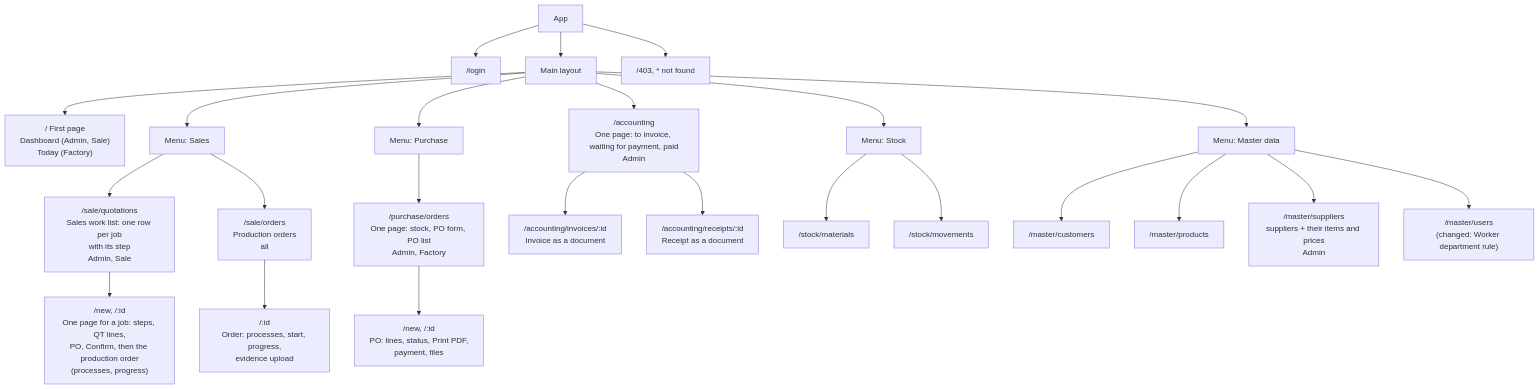
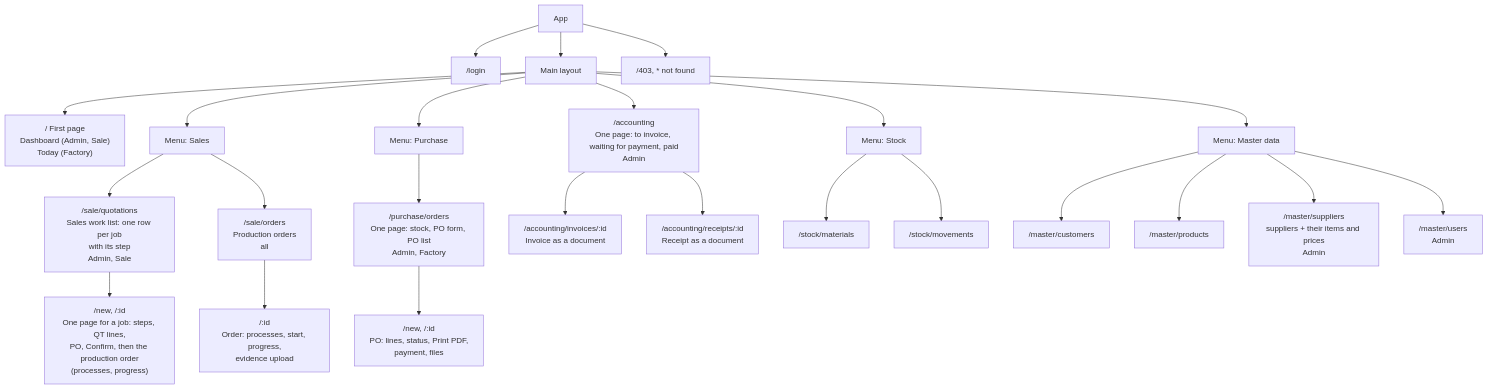
Before and after one commit to Detmon0410/Base_Sample_ERP: the diagram in ProjectdocInfo/Site Map.md, drawn with Mermaid. The commit also changed other lines of this file and 15 other files, not shown here.

````diff
--- a/ProjectdocInfo/Site Map.md
+++ b/ProjectdocInfo/Site Map.md
@@ -5,33 +3,33 @@
 ```mermaid
 flowchart TD
     Root[App] --> Login["/login"]
     Root --> Main[Main layout]
 
     Main --> Dash["/ First page<br/>Dashboard (Admin, Sale)<br/>Today (Factory)"]
 
     Main --> Orders[Menu: Sales]
     Orders --> QT["/sale/quotations<br/>Sales work list: one row per job<br/>with its step<br/>Admin, Sale"]
     QT --> QT1["/new, /:id<br/>One page for a job: steps, QT lines,<br/>PO, Confirm, then the production order<br/>(processes, progress)"]
     Orders --> PO["/sale/orders<br/>Production orders<br/>all"]
     PO --> PO1["/:id<br/>Order: processes, start, progress,<br/>evidence upload"]
 
     Main --> Pur["Menu: Purchase"]
     Pur --> PUR["/purchase/orders<br/>One page: stock, PO form, PO list<br/>Admin, Factory"]
     PUR --> PUR1["/new, /:id<br/>PO: lines, status, Print PDF,<br/>payment, files"]
 
     Main --> Acc["/accounting<br/>One page: to invoice, waiting for payment, paid<br/>Admin"]
     Acc --> INV["/accounting/invoices/:id<br/>Invoice as a document"]
     Acc --> REC["/accounting/receipts/:id<br/>Receipt as a document"]
 
     Main --> Stk[Menu: Stock]
     Stk --> MAT["/stock/materials"]
     Stk --> MOV["/stock/movements"]
 
     Main --> Mst[Menu: Master data]
     Mst --> CUS["/master/customers"]
     Mst --> PRD["/master/products"]
     Mst --> SUP["/master/suppliers<br/>suppliers + their items and prices<br/>Admin"]
-    Mst --> USR["/master/users<br/>(changed: Worker department rule)"]
+    Mst --> USR["/master/users<br/>Admin"]
 
     Root --> Sys["/403, * not found"]
 ```
````
